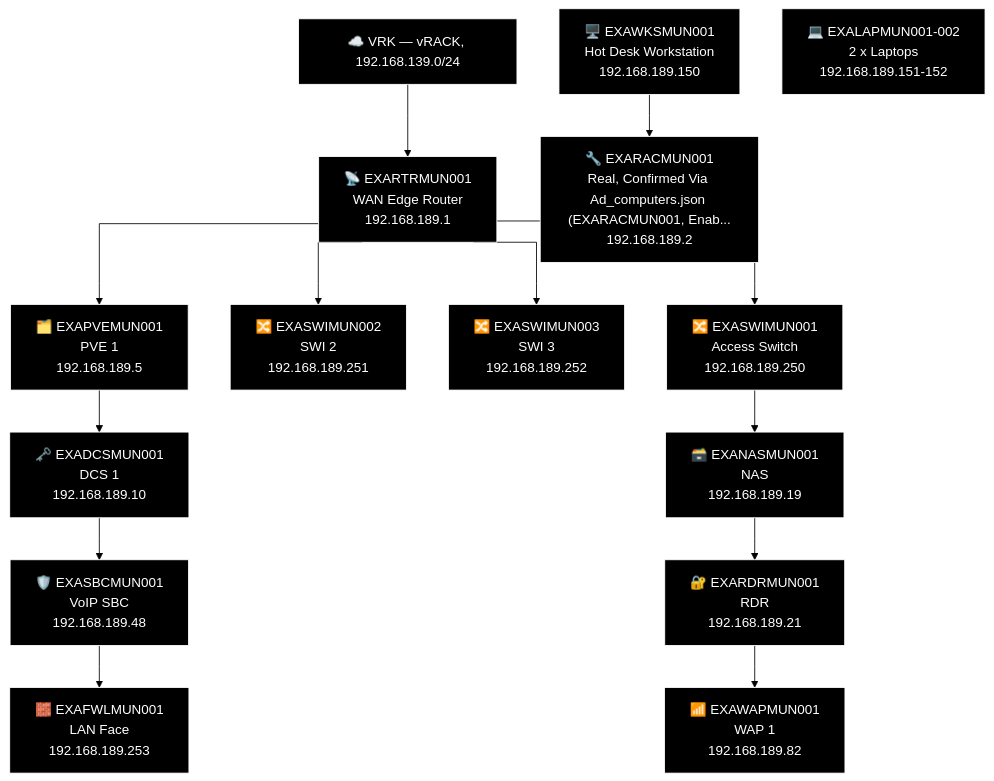
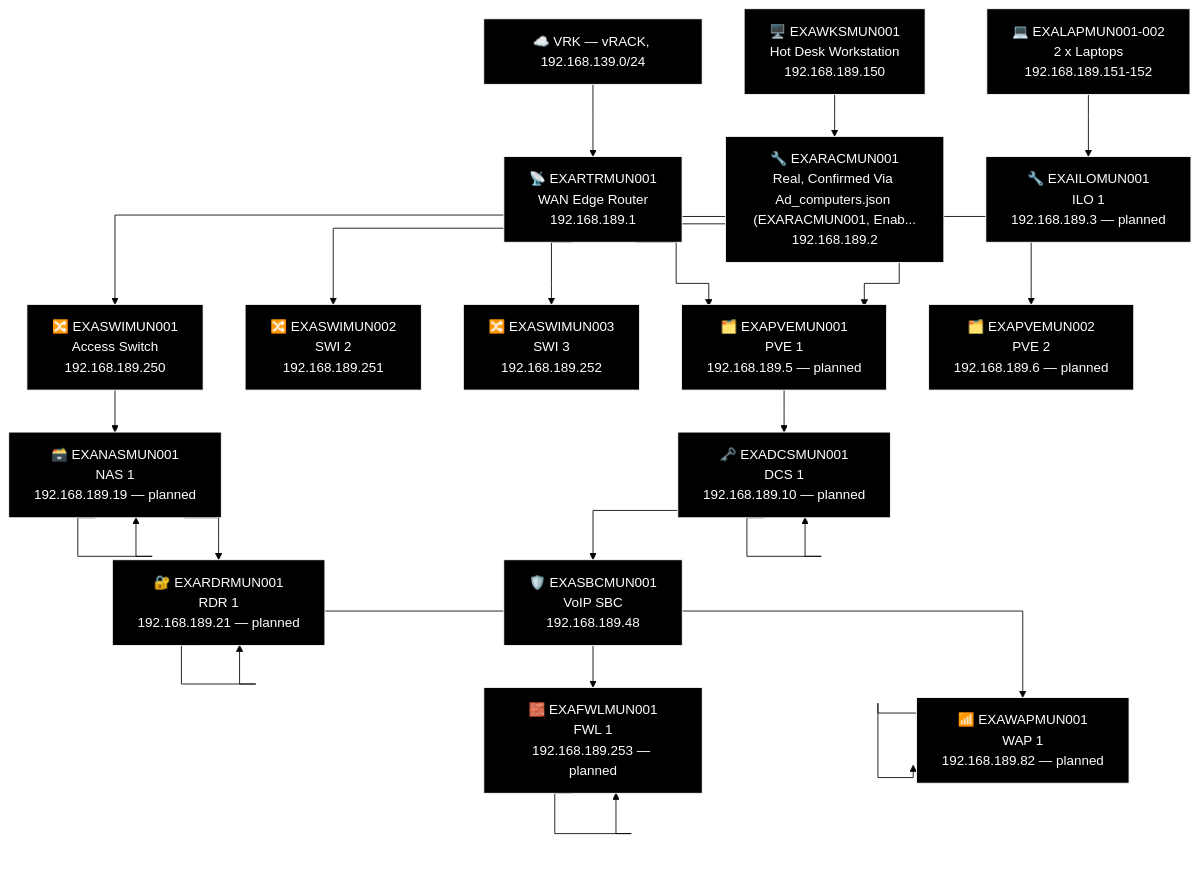
Before and after one commit to knightmare2600/example_music_infra: the ninth of 13 diagrams in docs/network-diagram/deutschland.md, drawn with Mermaid (forest theme). The commit also changed other lines of this file and 12 other files, not shown here.

````diff
--- a/docs/network-diagram/deutschland.md
+++ b/docs/network-diagram/deutschland.md
@@ -351,44 +388,63 @@
 ```mermaid
 %% GENERATED:TOPOLOGY:MUN:START
 %%{init: {'flowchart': {'curve': 'stepAfter'}}}%%
 graph TD
     T_VRK["☁️ VRK — vRACK, 192.168.139.0/24"]
     T_RTR["📡 EXARTRMUN001<br/>WAN Edge Router<br/>192.168.189.1"]
     T_VRK --> T_RTR
     T_PVE["🗂️ EXAPVEMUN001<br/>PVE 1<br/>192.168.189.5"]
     T_RTR --> T_PVE
     T_SWI["🔀 EXASWIMUN002<br/>SWI 2<br/>192.168.189.251"]
     T_RTR --> T_SWI
     T_SWI2["🔀 EXASWIMUN003<br/>SWI 3<br/>192.168.189.252"]
     T_RTR --> T_SWI2
     T_SWI3["🔀 EXASWIMUN001<br/>Access Switch<br/>192.168.189.250"]
     T_RTR --> T_SWI3
+    T_PVE["🗂️ EXAPVEMUN001<br/>PVE 1<br/>192.168.189.5 — planned"]
+    T_RTR --> T_PVE
+    T_PVE2["🗂️ EXAPVEMUN002<br/>PVE 2<br/>192.168.189.6 — planned"]
+    T_RTR --> T_PVE2
     T_NAS["🗃️ EXANASMUN001<br/>NAS<br/>192.168.189.19"]
+    T_NAS["🗃️ EXANASMUN001<br/>NAS 1<br/>192.168.189.19 — planned"]
     T_RDR["🔐 EXARDRMUN001<br/>RDR<br/>192.168.189.21"]
+    T_RDR["🔐 EXARDRMUN001<br/>RDR 1<br/>192.168.189.21 — planned"]
     T_WAP["📶 EXAWAPMUN001<br/>WAP 1<br/>192.168.189.82"]
-    T_SWI3 --> T_NAS --> T_RDR --> T_WAP
+    T_WAP["📶 EXAWAPMUN001<br/>WAP 1<br/>192.168.189.82 — planned"]
+    T_SWI3 --> T_NAS --> T_NAS --> T_RDR --> T_RDR --> T_WAP --> T_WAP
     T_DCS["🗝️ EXADCSMUN001<br/>DCS 1<br/>192.168.189.10"]
+    T_DCS["🗝️ EXADCSMUN001<br/>DCS 1<br/>192.168.189.10 — planned"]
     T_SBC["🛡️ EXASBCMUN001<br/>VoIP SBC<br/>192.168.189.48"]
     T_FWL["🧱 EXAFWLMUN001<br/>LAN Face<br/>192.168.189.253"]
-    T_PVE --> T_DCS --> T_SBC --> T_FWL
+    T_FWL["🧱 EXAFWLMUN001<br/>FWL 1<br/>192.168.189.253 — planned"]
+    T_PVE --> T_DCS --> T_DCS --> T_SBC --> T_FWL --> T_FWL
     T_WKS["🖥️ EXAWKSMUN001<br/>Hot Desk Workstation<br/>192.168.189.150"]
     T_OTH_LAP["💻 EXALAPMUN001-002<br/>2 x Laptops<br/>192.168.189.151-152"]
     T_RAC["🔧 EXARACMUN001<br/>Real, Confirmed Via Ad_computers.json (EXARACMUN001, Enab...<br/>192.168.189.2"]
+    T_ILO["🔧 EXAILOMUN001<br/>ILO 1<br/>192.168.189.3 — planned"]
     T_WKS --> T_RAC
+    T_OTH_LAP --> T_ILO
     style T_VRK fill:#000000,stroke:#FFFFFF,color:#FFFFFF
     style T_RTR fill:#000000,stroke:#FFFFFF,color:#FFFFFF
     style T_PVE fill:#000000,stroke:#FFFFFF,color:#FFFFFF
     style T_SWI fill:#000000,stroke:#FFFFFF,color:#FFFFFF
     style T_SWI2 fill:#000000,stroke:#FFFFFF,color:#FFFFFF
     style T_SWI3 fill:#000000,stroke:#FFFFFF,color:#FFFFFF
+    style T_PVE fill:#000000,stroke:#FFFFFF,color:#FFFFFF
+    style T_PVE2 fill:#000000,stroke:#FFFFFF,color:#FFFFFF
+    style T_NAS fill:#000000,stroke:#FFFFFF,color:#FFFFFF
     style T_NAS fill:#000000,stroke:#FFFFFF,color:#FFFFFF
     style T_RDR fill:#000000,stroke:#FFFFFF,color:#FFFFFF
+    style T_RDR fill:#000000,stroke:#FFFFFF,color:#FFFFFF
+    style T_WAP fill:#000000,stroke:#FFFFFF,color:#FFFFFF
     style T_WAP fill:#000000,stroke:#FFFFFF,color:#FFFFFF
     style T_DCS fill:#000000,stroke:#FFFFFF,color:#FFFFFF
+    style T_DCS fill:#000000,stroke:#FFFFFF,color:#FFFFFF
     style T_SBC fill:#000000,stroke:#FFFFFF,color:#FFFFFF
+    style T_FWL fill:#000000,stroke:#FFFFFF,color:#FFFFFF
     style T_FWL fill:#000000,stroke:#FFFFFF,color:#FFFFFF
     style T_WKS fill:#000000,stroke:#FFFFFF,color:#FFFFFF
     style T_OTH_LAP fill:#000000,stroke:#FFFFFF,color:#FFFFFF
     style T_RAC fill:#000000,stroke:#FFFFFF,color:#FFFFFF
+    style T_ILO fill:#000000,stroke:#FFFFFF,color:#FFFFFF
 %% GENERATED:TOPOLOGY:MUN:END
 ```
````
